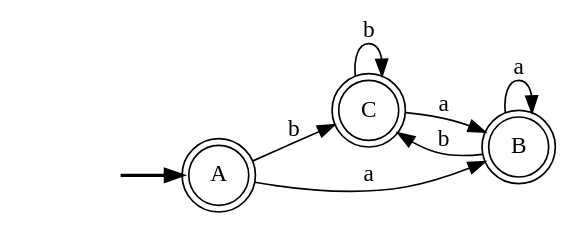
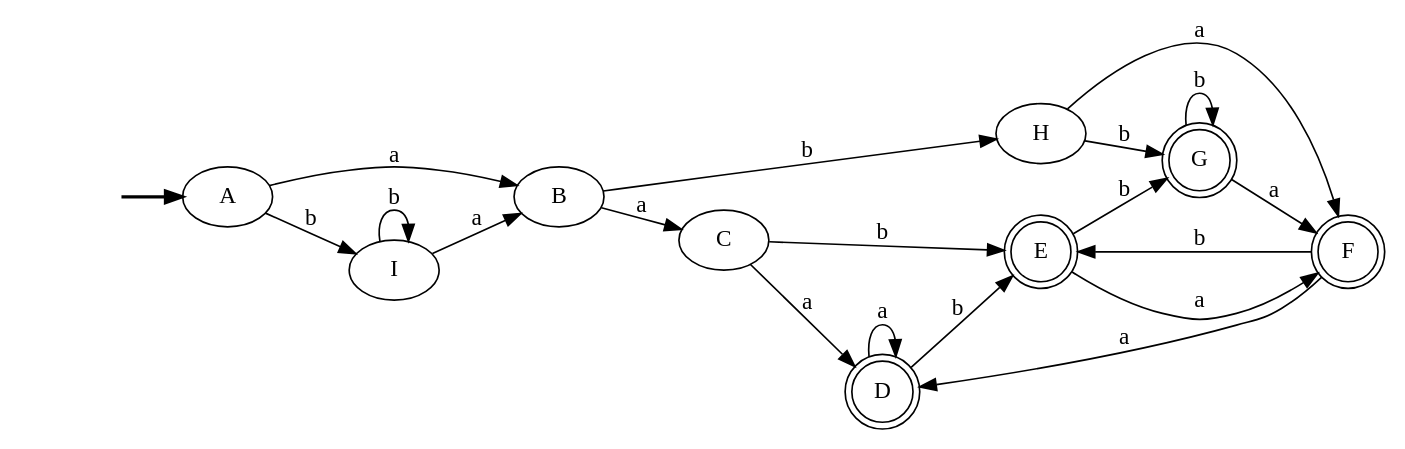
The diagram in renders/DFA.gv (gusmendez99/pld-project-1), drawn with Graphviz before and after one commit. The commit also changed 5 other files, not shown here.

```diff
--- a/renders/DFA.gv
+++ b/renders/DFA.gv
@@ -1,14 +1,32 @@
 digraph {
 	fake [style=invisible]
-	A [root=true shape=doublecircle]
-	C [shape=doublecircle]
-	B [shape=doublecircle]
+	B
+	G [shape=doublecircle]
+	D [shape=doublecircle]
+	C
+	H
+	A [root=true]
+	F [shape=doublecircle]
+	I
+	E [shape=doublecircle]
 	fake -> A [style=bold]
-	A -> C [label=b]
+	E -> G [label=b]
+	B -> H [label=b]
+	C -> D [label=a]
+	B -> C [label=a]
+	H -> F [label=a]
+	H -> G [label=b]
+	F -> D [label=a]
+	D -> E [label=b]
+	E -> F [label=a]
+	G -> F [label=a]
+	G -> G [label=b]
+	I -> B [label=a]
+	C -> E [label=b]
+	I -> I [label=b]
+	F -> E [label=b]
+	A -> I [label=b]
 	A -> B [label=a]
-	C -> C [label=b]
-	C -> B [label=a]
-	B -> B [label=a]
-	B -> C [label=b]
+	D -> D [label=a]
 	rankdir=LR
 }
```
